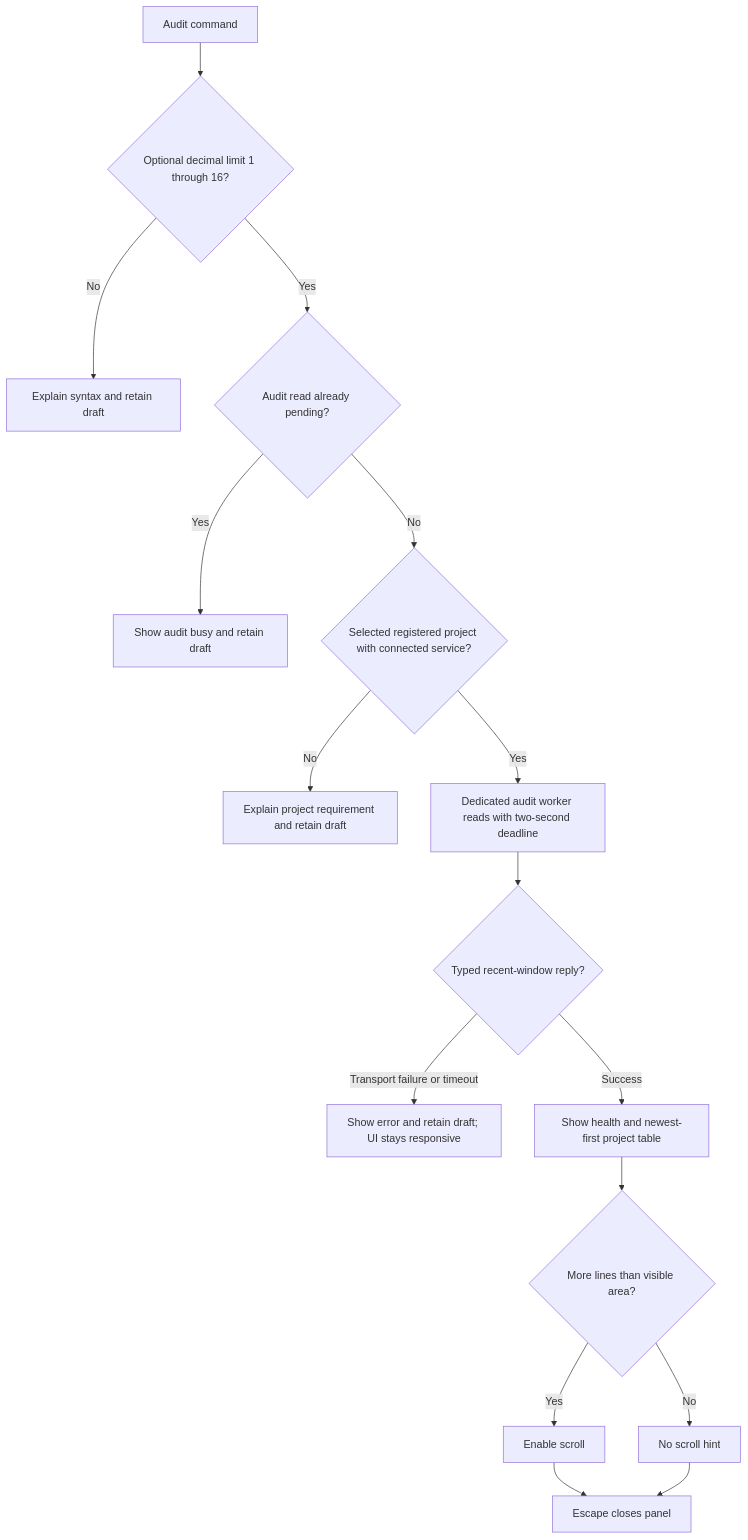
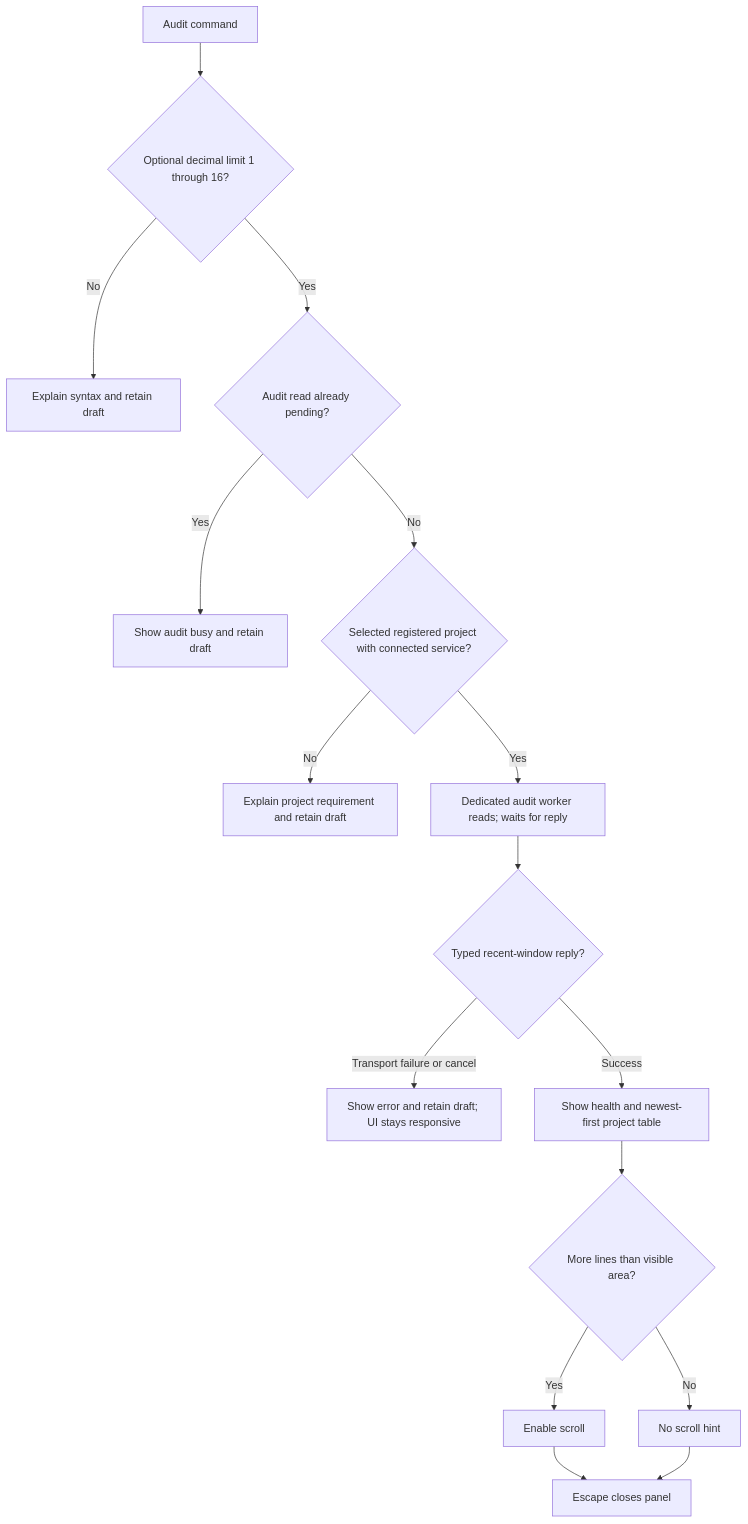
Before and after one commit to pidster/asura: diagram 18 of 18 in docs/designs/command-flows.md, drawn with Mermaid. The commit also changed other lines of this file and 39 other files, not shown here.

````diff
--- a/docs/designs/command-flows.md
+++ b/docs/designs/command-flows.md
@@ -624,18 +702,18 @@
 ```mermaid
 flowchart TD
     Input[Audit command] --> Syntax{Optional decimal limit 1 through 16?}
     Syntax -->|No| Invalid[Explain syntax and retain draft]
     Syntax -->|Yes| Busy{Audit read already pending?}
     Busy -->|Yes| Pending[Show audit busy and retain draft]
     Busy -->|No| Project{Selected registered project with connected service?}
     Project -->|No| Missing[Explain project requirement and retain draft]
-    Project -->|Yes| Read[Dedicated audit worker reads with two-second deadline]
+    Project -->|Yes| Read[Dedicated audit worker reads; waits for reply]
     Read --> Reply{Typed recent-window reply?}
-    Reply -->|Transport failure or timeout| Failure[Show error and retain draft; UI stays responsive]
+    Reply -->|Transport failure or cancel| Failure[Show error and retain draft; UI stays responsive]
     Reply -->|Success| Panel[Show health and newest-first project table]
     Panel --> Size{More lines than visible area?}
     Size -->|Yes| Scroll[Enable scroll]
     Size -->|No| Static[No scroll hint]
     Scroll --> Escape[Escape closes panel]
     Static --> Escape
 ```
````
